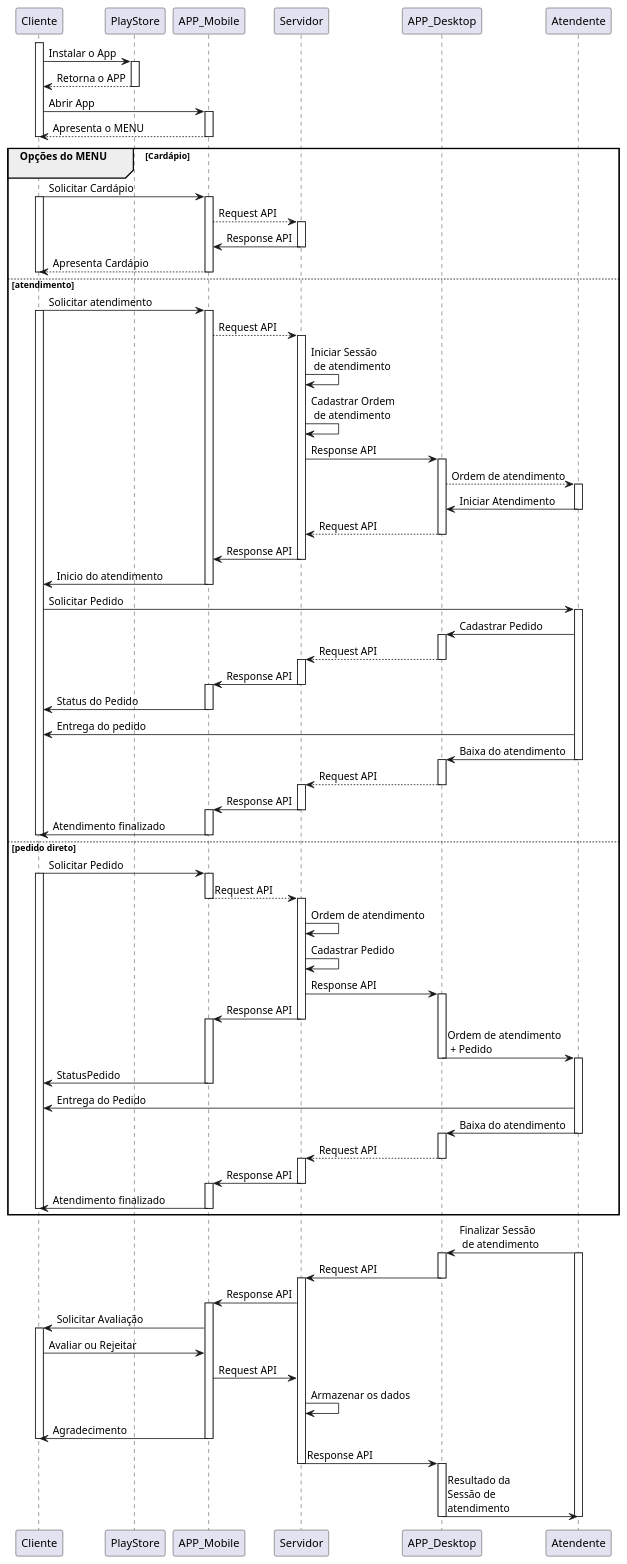
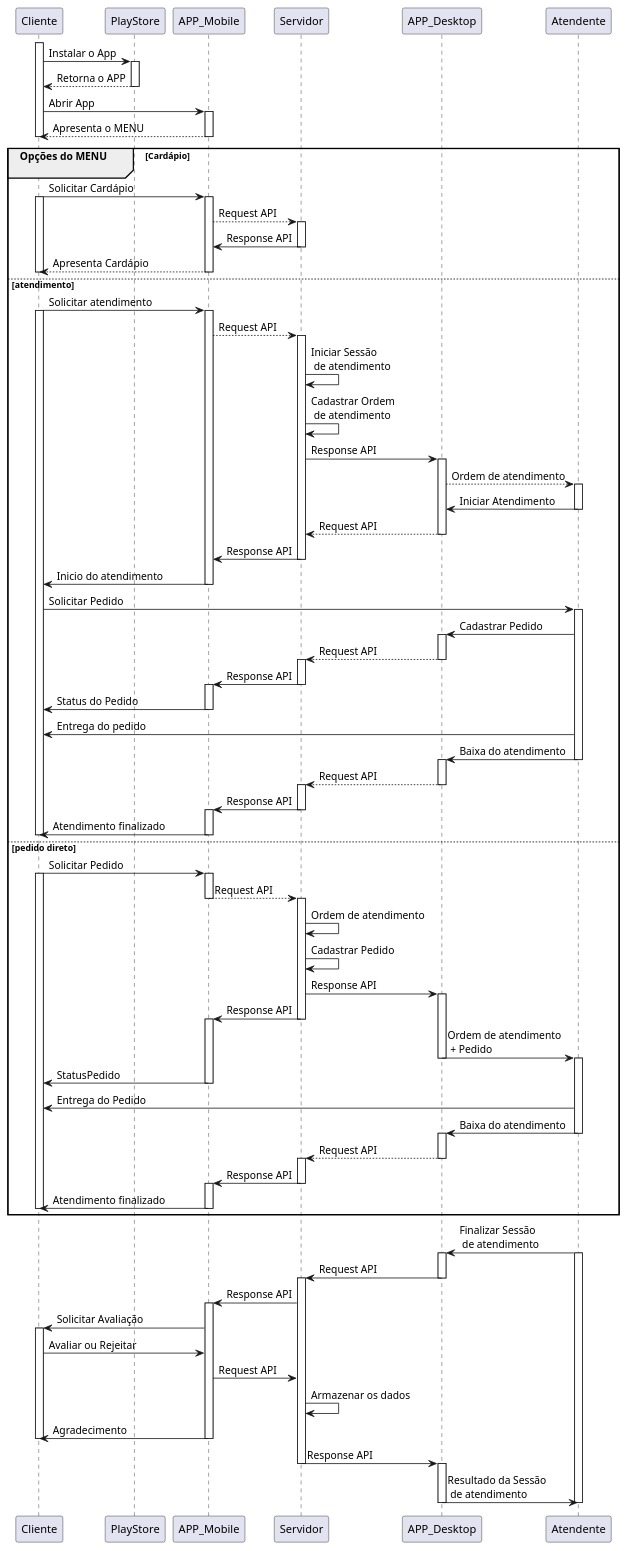
Before and after one commit to thiagofmart/up_atendimento: the diagram in diagrams/src/sequenceDiagram.puml, drawn with PlantUML.

```diff
--- a/diagrams/src/sequenceDiagram.puml
+++ b/diagrams/src/sequenceDiagram.puml
@@ -1,83 +1,83 @@
 @startuml SessaoAtendimento
 participant Cliente
 participant PlayStore
 participant APP_Mobile
 participant Servidor
 participant APP_Desktop
 participant Atendente
 
 activate Cliente
 Cliente -> PlayStore ++ : Instalar o App
 PlayStore --> Cliente -- : Retorna o APP
 
 Cliente -> APP_Mobile ++ : Abrir App
 APP_Mobile --> Cliente -- : Apresenta o MENU
 deactivate Cliente
 group Opções do MENU \n[Cardápio]
     Cliente -> APP_Mobile ++ : Solicitar Cardápio
     activate Cliente
     APP_Mobile --> Servidor ++ : Request API
     Servidor -> APP_Mobile -- : Response API
     APP_Mobile --> Cliente -- : Apresenta Cardápio
     deactivate Cliente
 
 else atendimento
     Cliente -> APP_Mobile ++ : Solicitar atendimento
     activate Cliente
     APP_Mobile --> Servidor ++ : Request API
     Servidor -> Servidor : Iniciar Sessão\n de atendimento
     Servidor -> Servidor : Cadastrar Ordem\n de atendimento
     Servidor -> APP_Desktop ++ : Response API
     APP_Desktop--> Atendente ++ : Ordem de atendimento
     Atendente -> APP_Desktop -- : Iniciar Atendimento
     APP_Desktop --> Servidor -- : Request API
     Servidor -> APP_Mobile -- : Response API
     APP_Mobile -> Cliente -- : Inicio do atendimento
     Cliente -> Atendente ++ : Solicitar Pedido
     Atendente -> APP_Desktop ++ : Cadastrar Pedido 
     APP_Desktop --> Servidor --++ : Request API
     Servidor -> APP_Mobile --++ : Response API
     APP_Mobile -> Cliente -- : Status do Pedido
     Atendente -> Cliente : Entrega do pedido
     Atendente -> APP_Desktop --++ : Baixa do atendimento
     APP_Desktop --> Servidor --++ : Request API
     Servidor -> APP_Mobile --++ : Response API
     APP_Mobile -> Cliente -- : Atendimento finalizado
     deactivate Cliente
 
 else pedido direto
     Cliente -> APP_Mobile ++ : Solicitar Pedido
     activate Cliente
     APP_Mobile --> Servidor --++ : Request API
     Servidor -> Servidor : Ordem de atendimento
     Servidor -> Servidor : Cadastrar Pedido
     Servidor -> APP_Desktop ++ : Response API
     Servidor -> APP_Mobile --++ : Response API
     APP_Desktop -> Atendente --++ : Ordem de atendimento\n + Pedido
     APP_Mobile -> Cliente -- : StatusPedido
     
     Atendente -> Cliente: Entrega do Pedido 
 
     Atendente -> APP_Desktop --++ : Baixa do atendimento
     APP_Desktop --> Servidor --++ : Request API
     Servidor -> APP_Mobile --++ : Response API
     APP_Mobile -> Cliente -- : Atendimento finalizado
     deactivate Cliente
 end
 
 Atendente -> APP_Desktop ++ : Finalizar Sessão\n de atendimento
 activate Atendente
 APP_Desktop -> Servidor --++ : Request API
 Servidor -> APP_Mobile ++ :Response API
 APP_Mobile -> Cliente ++ : Solicitar Avaliação
 
 Cliente -> APP_Mobile : Avaliar ou Rejeitar
 APP_Mobile -> Servidor : Request API
 Servidor -> Servidor : Armazenar os dados
 APP_Mobile -> Cliente -- : Agradecimento
 deactivate Cliente
 Servidor -> APP_Desktop --++: Response API
-APP_Desktop -> Atendente -- : Resultado da \nSessão de \natendimento
+APP_Desktop -> Atendente -- : Resultado da Sessão\n de atendimento
 deactivate Atendente
 
 @enduml
```
